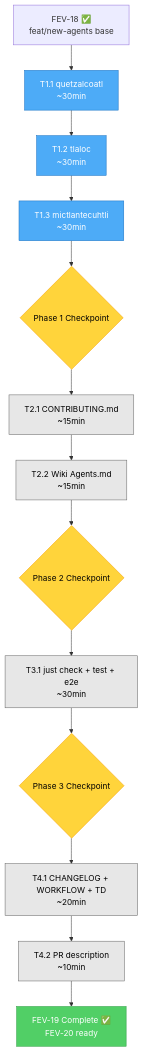
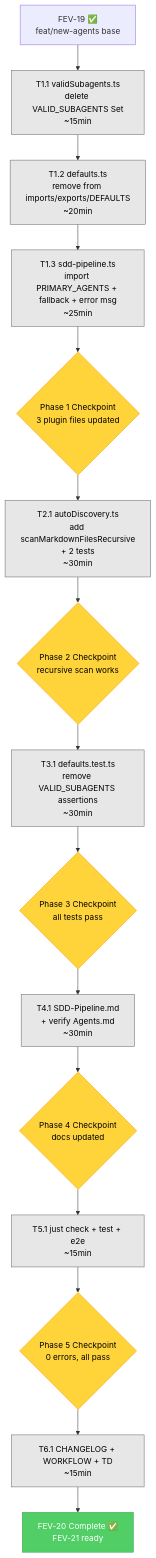
One commit to Fisherk2/codice-opencode changed the diagram in tasks/plan.md. Above: the diagram before and after it, drawn with Mermaid. The commit also changed other lines of this file and 3 other files, not shown here.

````diff
--- a/tasks/plan.md
+++ b/tasks/plan.md
@@ -898,21 +159,22 @@
 ```mermaid
 graph TD
-    F18[FEV-18 ✅<br/>feat/new-agents base] --> T11
-    T11[T1.1 quetzalcoatl<br/>~30min]:::par --> T12
-    T12[T1.2 tlaloc<br/>~30min]:::par --> T13
-    T13[T1.3 mictlantecuhtli<br/>~30min]:::par --> CP1
-    CP1{Phase 1 Checkpoint}:::gate --> T21
-    T21[T2.1 CONTRIBUTING.md<br/>~15min]:::seq --> T22
-    T22[T2.2 Wiki Agents.md<br/>~15min]:::seq --> CP2
-    CP2{Phase 2 Checkpoint}:::gate --> T31
-    T31[T3.1 just check + test + e2e<br/>~30min]:::seq --> CP3
-    CP3{Phase 3 Checkpoint}:::gate --> T41
-    T41[T4.1 CHANGELOG + WORKFLOW + TD<br/>~20min]:::seq --> T42
-    T42[T4.2 PR description<br/>~10min]:::seq --> DONE
-    DONE[FEV-19 Complete ✅<br/>FEV-20 ready]:::done
+    F19[FEV-19 ✅<br/>feat/new-agents base] --> T11
+    T11[T1.1 validSubagents.ts<br/>delete VALID_SUBAGENTS Set<br/>~15min]:::seq --> T12
+    T12[T1.2 defaults.ts<br/>remove from imports/exports/DEFAULTS<br/>~20min]:::seq --> T13
+    T13[T1.3 sdd-pipeline.ts<br/>import PRIMARY_AGENTS + fallback + error msg<br/>~25min]:::seq --> CP1
+    CP1{Phase 1 Checkpoint<br/>3 plugin files updated}:::gate --> T21
+    T21[T2.1 autoDiscovery.ts<br/>add scanMarkdownFilesRecursive<br/>+ 2 tests<br/>~30min]:::seq --> CP2
+    CP2{Phase 2 Checkpoint<br/>recursive scan works}:::gate --> T31
+    T31[T3.1 defaults.test.ts<br/>remove VALID_SUBAGENTS assertions<br/>~30min]:::seq --> CP3
+    CP3{Phase 3 Checkpoint<br/>all tests pass}:::gate --> T41
+    T41[T4.1 SDD-Pipeline.md<br/>+ verify Agents.md<br/>~30min]:::seq --> CP4
+    CP4{Phase 4 Checkpoint<br/>docs updated}:::gate --> T51
+    T51[T5.1 just check + test + e2e<br/>~15min]:::seq --> CP5
+    CP5{Phase 5 Checkpoint<br/>0 errors, all pass}:::gate --> T61
+    T61[T6.1 CHANGELOG + WORKFLOW + TD<br/>~15min]:::seq --> DONE
+    DONE[FEV-20 Complete ✅<br/>FEV-21 ready]:::done
 
     classDef done fill:#51cf66,stroke:#2f9e44,color:#fff
     classDef gate fill:#ffd43b,stroke:#f59f00,color:#000
-    classDef par fill:#4dabf7,stroke:#1971c2,color:#fff
     classDef seq fill:#e7e7e7,stroke:#666,color:#000
 ```
````
